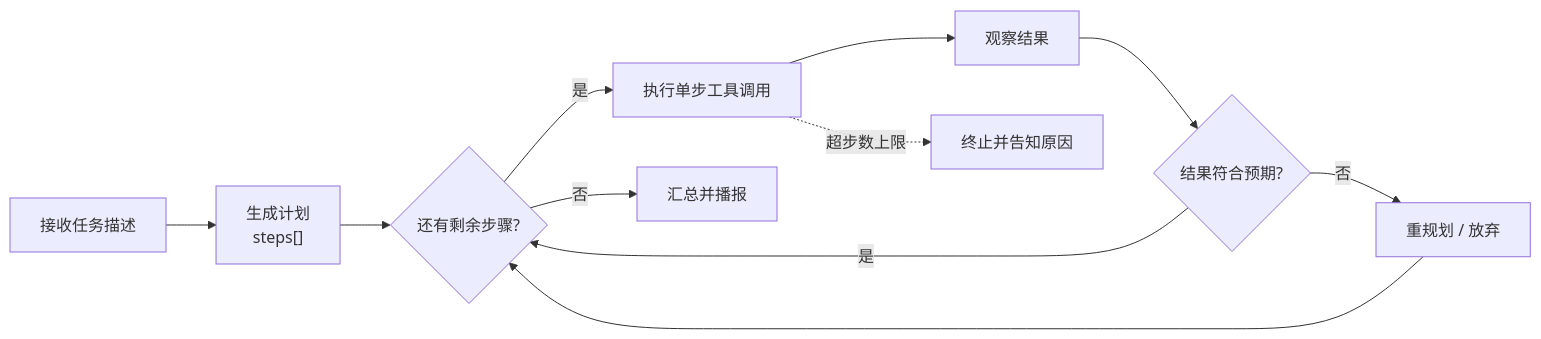
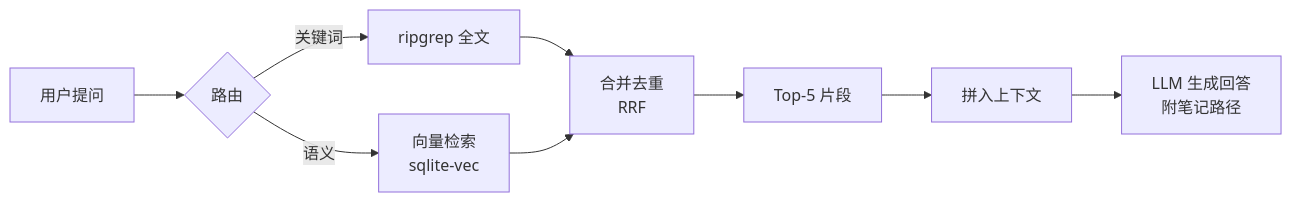
One commit to DongyueHAN/VoxDesk changed the seventh of 9 diagrams in docs/03-architecture.md. Above: the diagram before and after it, drawn with Mermaid. The commit also changed other lines of this file, not shown here.

````diff
--- a/docs/03-architecture.md
+++ b/docs/03-architecture.md
@@ -175,14 +266,12 @@
 ```mermaid
-%% diagram: FLOW-03 多步任务 | updated: 2026-10-20
+%% diagram: FLOW-06 笔记检索 | updated: 2026-10-26
 flowchart LR
-    A["接收任务描述"] --> B["生成计划<br/>steps[]"]
-    B --> C{"还有剩余步骤?"}
-    C -- 是 --> D["执行单步工具调用"]
-    D --> E["观察结果"]
-    E --> F{"结果符合预期?"}
-    F -- 是 --> C
-    F -- 否 --> G["重规划 / 放弃"]
-    G --> C
-    C -- 否 --> H["汇总并播报"]
-    D -. "超步数上限" .-> I["终止并告知原因"]
+    Q["用户提问"] --> R{"路由"}
+    R -->|"关键词"| G["ripgrep 全文"]
+    R -->|"语义"| V["向量检索<br/>sqlite-vec"]
+    G --> M["合并去重<br/>RRF"]
+    V --> M
+    M --> TOP["Top-5 片段"]
+    TOP --> CTX["拼入上下文"]
+    CTX --> ANS["LLM 生成回答<br/>附笔记路径"]
 ```
````
